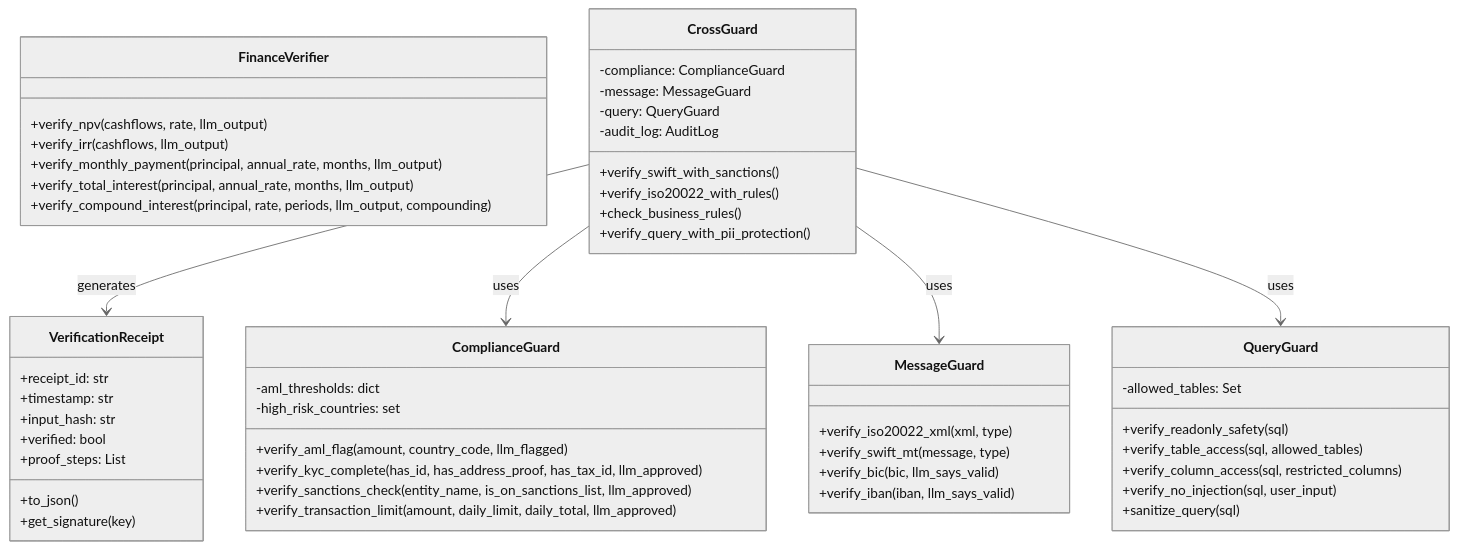
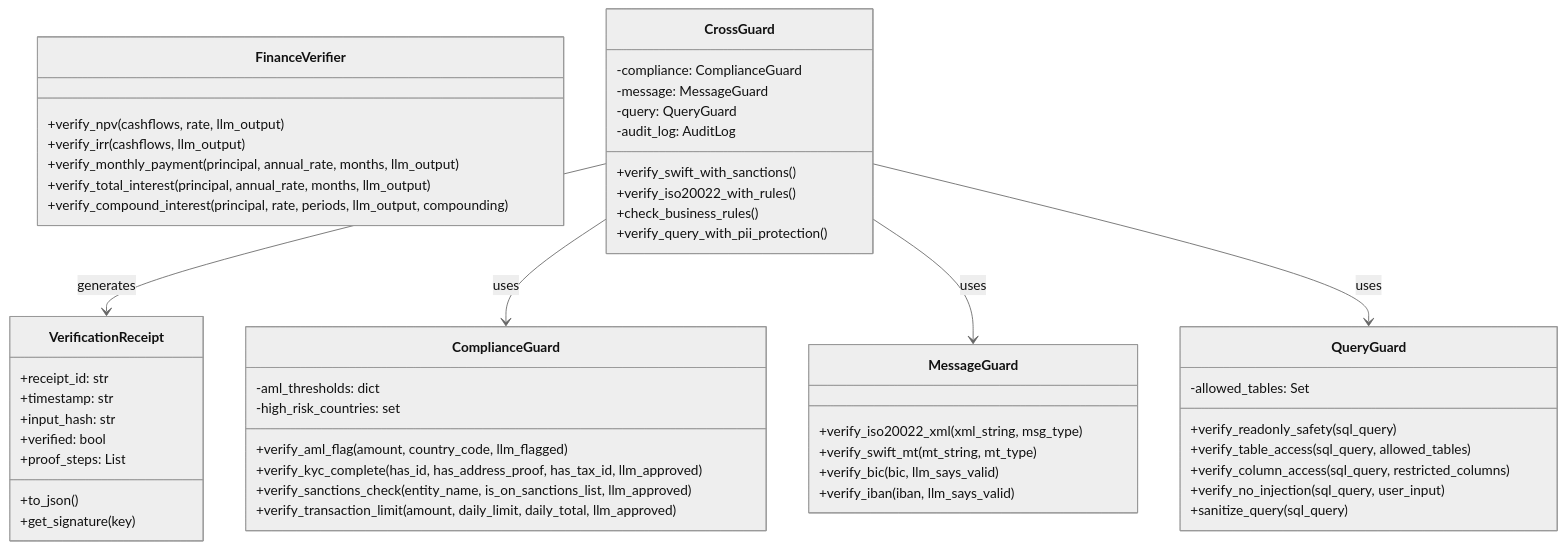
One commit to QWED-AI/qwed-finance-docs changed the sixth of 6 diagrams in finance/design.mdx. Above: the diagram before and after it, drawn with Mermaid (neutral theme). The commit also changed other lines of this file and 13 other files, not shown here.

````diff
--- a/finance/design.mdx
+++ b/finance/design.mdx
@@ -202,61 +161,61 @@
 ```mermaid
 classDiagram
     class FinanceVerifier {
         +verify_npv(cashflows, rate, llm_output)
         +verify_irr(cashflows, llm_output)
         +verify_monthly_payment(principal, annual_rate, months, llm_output)
         +verify_total_interest(principal, annual_rate, months, llm_output)
         +verify_compound_interest(principal, rate, periods, llm_output, compounding)
     }
-    
+
     class ComplianceGuard {
         -aml_thresholds: dict
         -high_risk_countries: set
         +verify_aml_flag(amount, country_code, llm_flagged)
         +verify_kyc_complete(has_id, has_address_proof, has_tax_id, llm_approved)
         +verify_sanctions_check(entity_name, is_on_sanctions_list, llm_approved)
         +verify_transaction_limit(amount, daily_limit, daily_total, llm_approved)
     }
-    
+
     class MessageGuard {
-        +verify_iso20022_xml(xml, type)
-        +verify_swift_mt(message, type)
+        +verify_iso20022_xml(xml_string, msg_type)
+        +verify_swift_mt(mt_string, mt_type)
         +verify_bic(bic, llm_says_valid)
         +verify_iban(iban, llm_says_valid)
     }
-    
+
     class QueryGuard {
         -allowed_tables: Set
-        +verify_readonly_safety(sql)
-        +verify_table_access(sql, allowed_tables)
-        +verify_column_access(sql, restricted_columns)
-        +verify_no_injection(sql, user_input)
-        +sanitize_query(sql)
+        +verify_readonly_safety(sql_query)
+        +verify_table_access(sql_query, allowed_tables)
+        +verify_column_access(sql_query, restricted_columns)
+        +verify_no_injection(sql_query, user_input)
+        +sanitize_query(sql_query)
     }
-    
+
     class VerificationReceipt {
         +receipt_id: str
         +timestamp: str
         +input_hash: str
         +verified: bool
         +proof_steps: List
         +to_json()
         +get_signature(key)
     }
-    
+
     class CrossGuard {
         -compliance: ComplianceGuard
         -message: MessageGuard
         -query: QueryGuard
         -audit_log: AuditLog
         +verify_swift_with_sanctions()
         +verify_iso20022_with_rules()
         +check_business_rules()
         +verify_query_with_pii_protection()
     }
 
     CrossGuard --> VerificationReceipt : generates
     CrossGuard --> ComplianceGuard : uses
     CrossGuard --> MessageGuard : uses
     CrossGuard --> QueryGuard : uses
 ```
````
